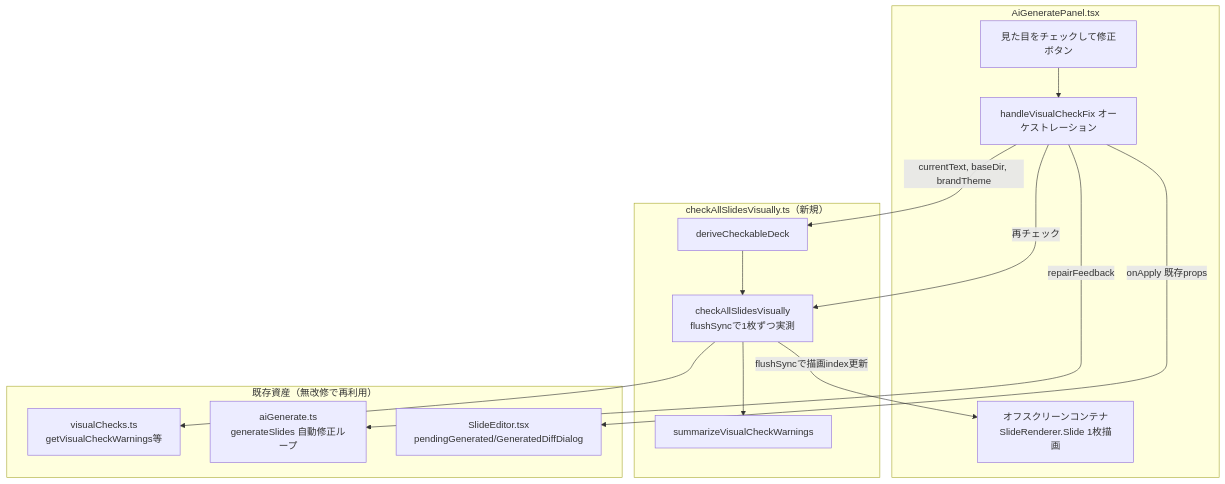
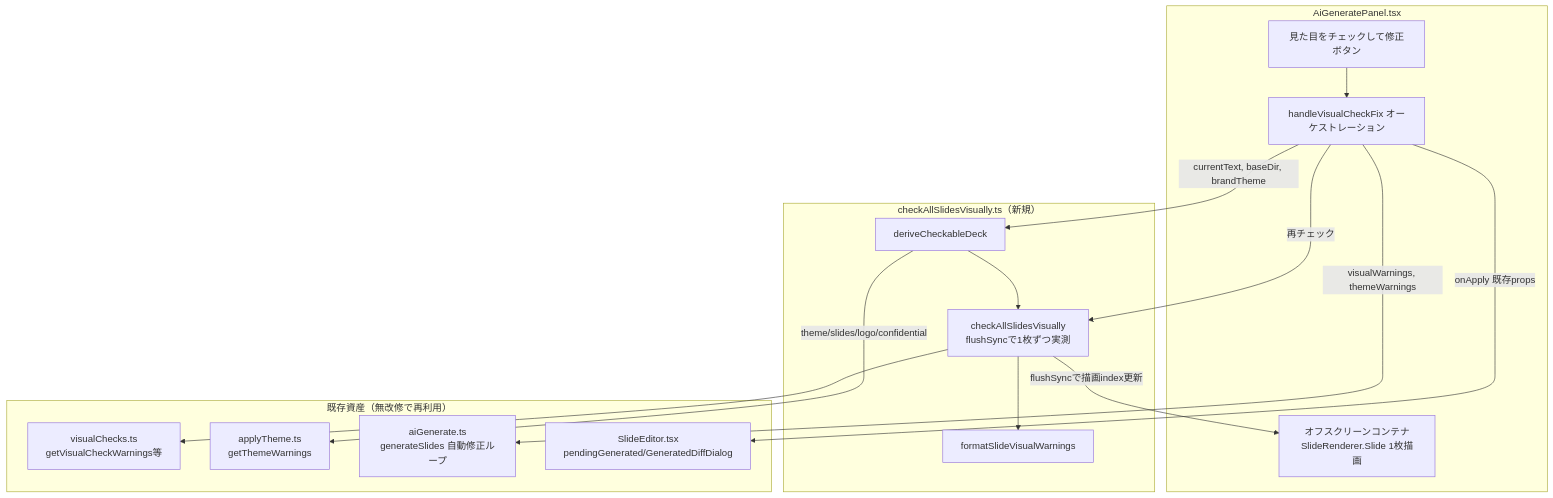
One commit to ToshikiImagawa/slide-presentation-app changed the diagram in .sdd/specification/ai-visual-check-and-fix_design.md. Above: the diagram before and after it, drawn with Mermaid. The commit also changed other lines of this file and 11 other files, not shown here.

````diff
--- a/.sdd/specification/ai-visual-check-and-fix_design.md
+++ b/.sdd/specification/ai-visual-check-and-fix_design.md
@@ -77,28 +80,30 @@
 ```mermaid
 graph TD
     subgraph Panel["AiGeneratePanel.tsx"]
         BTN[見た目をチェックして修正ボタン]
         ORCH[handleVisualCheckFix オーケストレーション]
         OFFSCREEN[オフスクリーンコンテナ<br/>SlideRenderer.Slide 1枚描画]
     end
     subgraph Check["checkAllSlidesVisually.ts（新規）"]
         DERIVE[deriveCheckableDeck]
         LOOP[checkAllSlidesVisually<br/>flushSyncで1枚ずつ実測]
-        SUMMARIZE[summarizeVisualCheckWarnings]
+        FORMAT[formatSlideVisualWarnings]
     end
     subgraph Existing["既存資産（無改修で再利用）"]
         VC[visualChecks.ts<br/>getVisualCheckWarnings等]
+        TC[applyTheme.ts<br/>getThemeWarnings]
         GEN[aiGenerate.ts<br/>generateSlides 自動修正ループ]
         EDITOR[SlideEditor.tsx<br/>pendingGenerated/GeneratedDiffDialog]
     end
 
     BTN --> ORCH
     ORCH -->|currentText, baseDir, brandTheme| DERIVE
     DERIVE --> LOOP
+    DERIVE -->|theme/slides/logo/confidential| TC
     LOOP -->|flushSyncで描画index更新| OFFSCREEN
     LOOP --> VC
-    LOOP --> SUMMARIZE
-    ORCH -->|repairFeedback| GEN
+    LOOP --> FORMAT
+    ORCH -->|visualWarnings, themeWarnings| GEN
     ORCH -->|再チェック| LOOP
     ORCH -->|onApply 既存props| EDITOR
 ```
````
